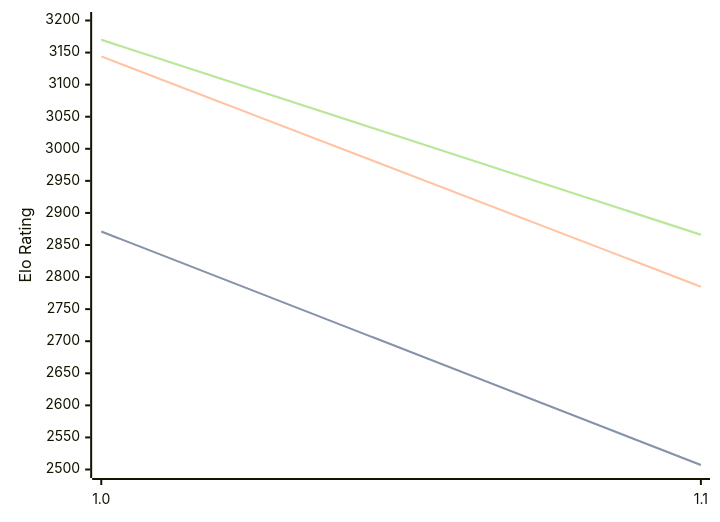
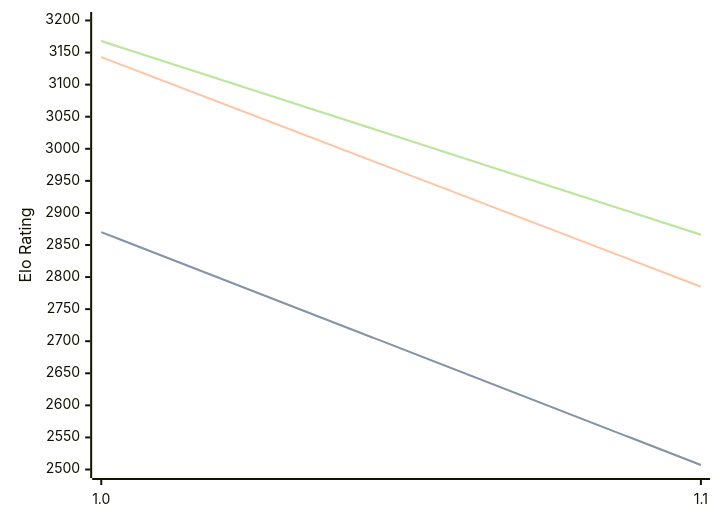
One commit to computer-chess-index/cci changed the diagram in engines/Publius.md. Above: the diagram before and after it, drawn with Mermaid. The commit also changed other lines of this file, not shown here.

Commit message:
Update CCI Ratings (ELO VLTC) - 2026-04-17

````diff
--- a/engines/Publius.md
+++ b/engines/Publius.md
@@ -32,11 +32,11 @@
 ```mermaid
 %%{init: {"theme":"base","themeVariables":{"seriesColors:['#a3a3a3','#222221','#faa371']}}}%%
 xychart-beta
   x-axis ["1.0", "1.1"]
   y-axis "Elo Rating" 2500 --> 3200
-  line "STC (8.0+0.08s)" [2871, 2507]
-  line "STC (8.0+0.08s)" [2871, 2507]
-  line "LTC (60.0+0.60s)" [3144, 2785]
-  line "VLTC (2m24s+1.12s)" [3170, 2866]
-  line "VLTC (2m24s+1.12s)" [3170, 2866]
+  line "STC (8.0+0.08s)" [2870, 2507]
+  line "STC (8.0+0.08s)" [2870, 2507]
+  line "LTC (60.0+0.60s)" [3143, 2785]
+  line "VLTC (2m24s+1.12s)" [3168, 2866]
+  line "VLTC (2m24s+1.12s)" [3168, 2866]
 ```
````
